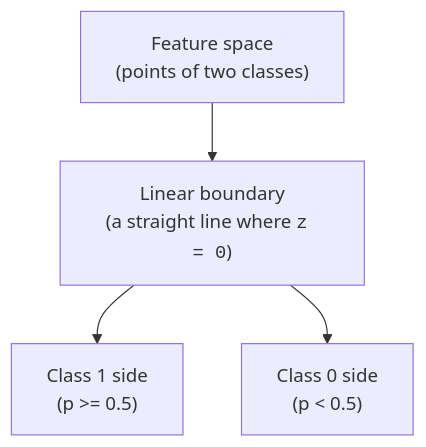
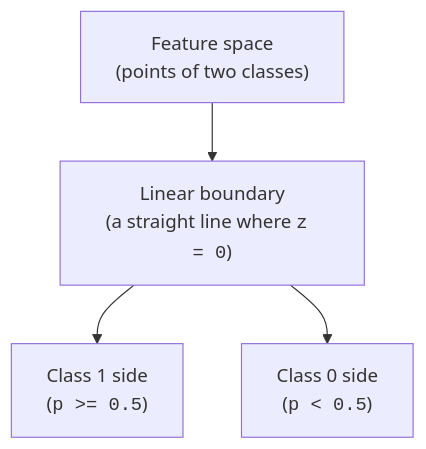
The diagram in content/learn/machine-learning-scikit-learn/logistic-regression.mdx (dataslope/dataslope), drawn with Mermaid before and after one commit. The commit also changed 56 other files, not shown here.

````diff
--- a/content/learn/machine-learning-scikit-learn/logistic-regression.mdx
+++ b/content/learn/machine-learning-scikit-learn/logistic-regression.mdx
@@ -124,6 +124,6 @@
 ```mermaid
 flowchart TD
     A["Feature space<br/>(points of two classes)"] --> B["Linear boundary<br/>(a straight line where <code>z = 0</code>)"]
-    B --> C["Class 1 side<br/>(p >= 0.5)"]
-    B --> D["Class 0 side<br/>(p < 0.5)"]
+    B --> C["Class 1 side<br/>(<code>p &gt;= 0.5</code>)"]
+    B --> D["Class 0 side<br/>(<code>p &lt; 0.5</code>)"]
 ```
````
